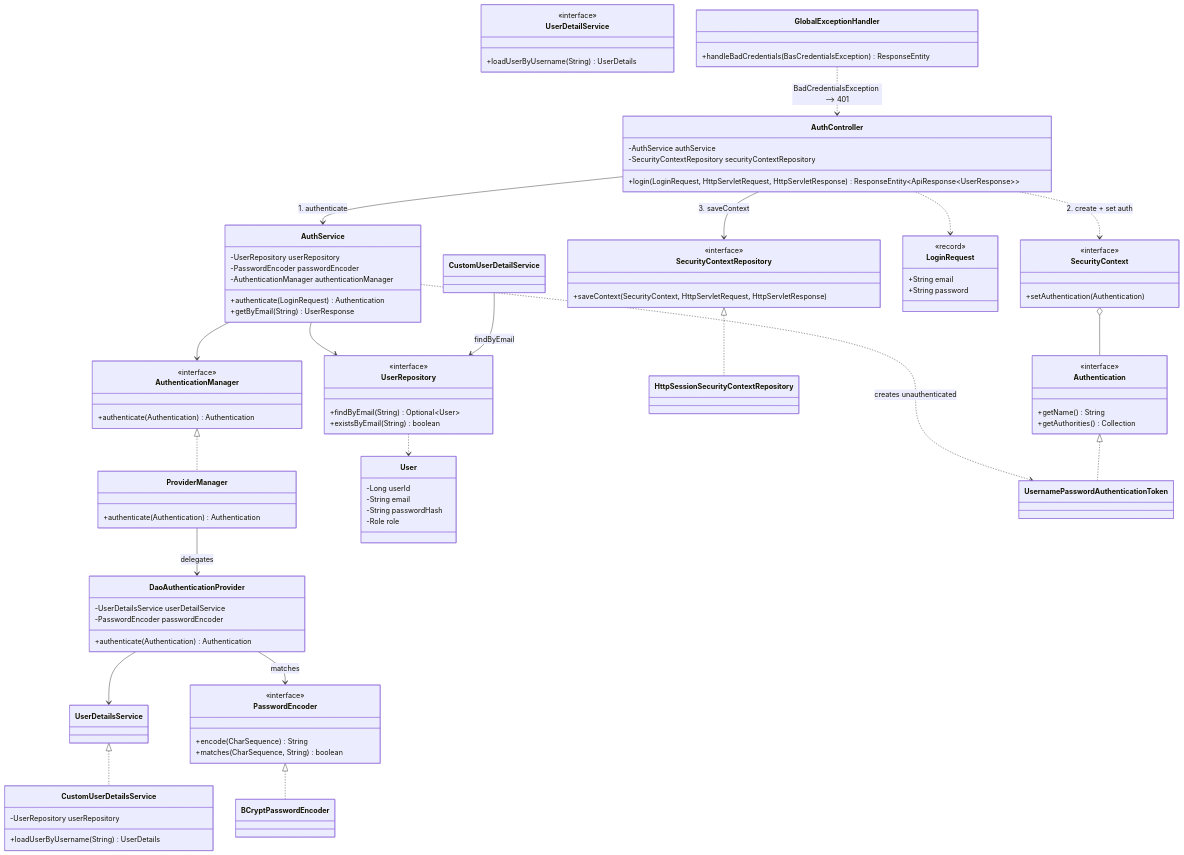
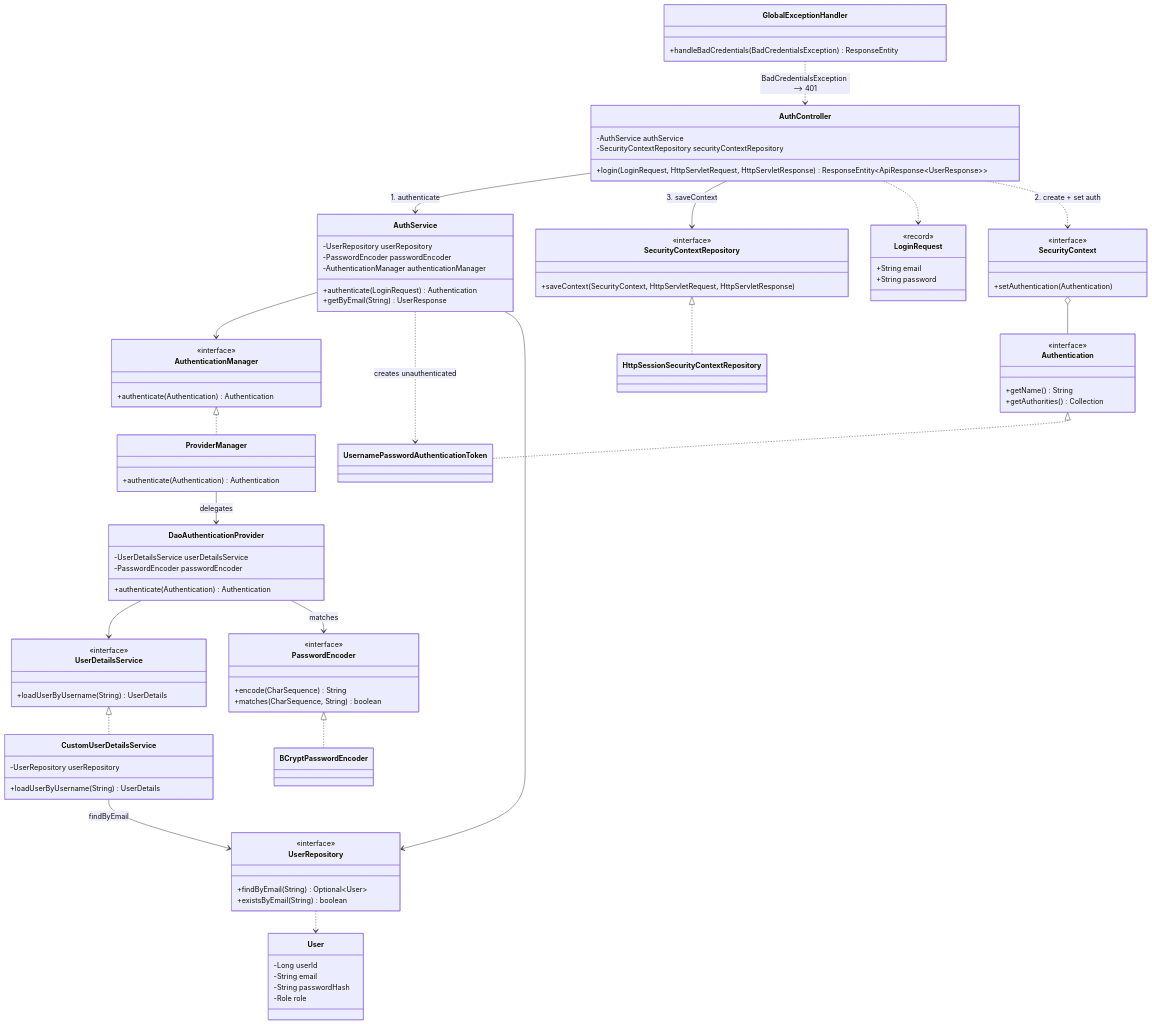
One commit to Tranhao99/authen changed the diagram in mermaid.md. Above: the diagram before and after it, drawn with Mermaid. The commit also changed other lines of this file, not shown here.

```diff
--- a/mermaid.md
+++ b/mermaid.md
@@ -26,12 +28,12 @@
   }
   
   class DaoAuthenticationProvider {
-    -UserDetailsService userDetailService
+    -UserDetailsService userDetailsService
     -PasswordEncoder passwordEncoder
     +authenticate(Authentication) Authentication
   }
   
-  class UserDetailService {
+  class UserDetailsService {
     <<interface>>
     +loadUserByUsername(String) UserDetails
   }
@@ -89,7 +91,7 @@
   }
   
   class GlobalExceptionHandler {
-    +handleBadCredentials(BasCredentialsException) ResponseEntity
+    +handleBadCredentials(BadCredentialsException) ResponseEntity
   }
   
   AuthController --> AuthService : 1. authenticate
@@ -107,7 +109,7 @@
   DaoAuthenticationProvider --> PasswordEncoder : matches
   
   UserDetailsService <|.. CustomUserDetailsService
-  CustomUserDetailService --> UserRepository : findByEmail
+  CustomUserDetailsService --> UserRepository : findByEmail
   UserRepository ..> User
   
   PasswordEncoder <|.. BCryptPasswordEncoder
```
